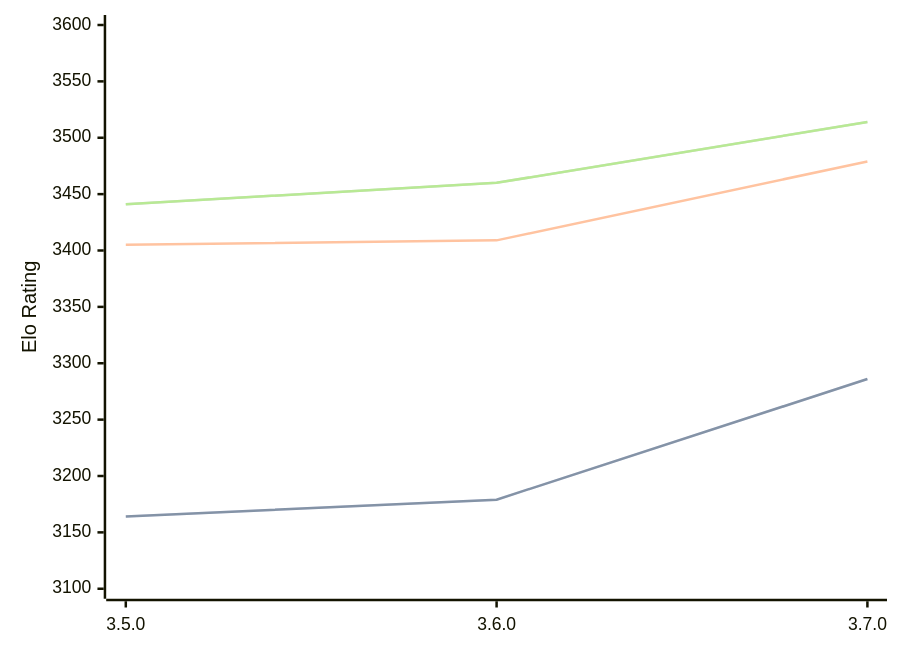
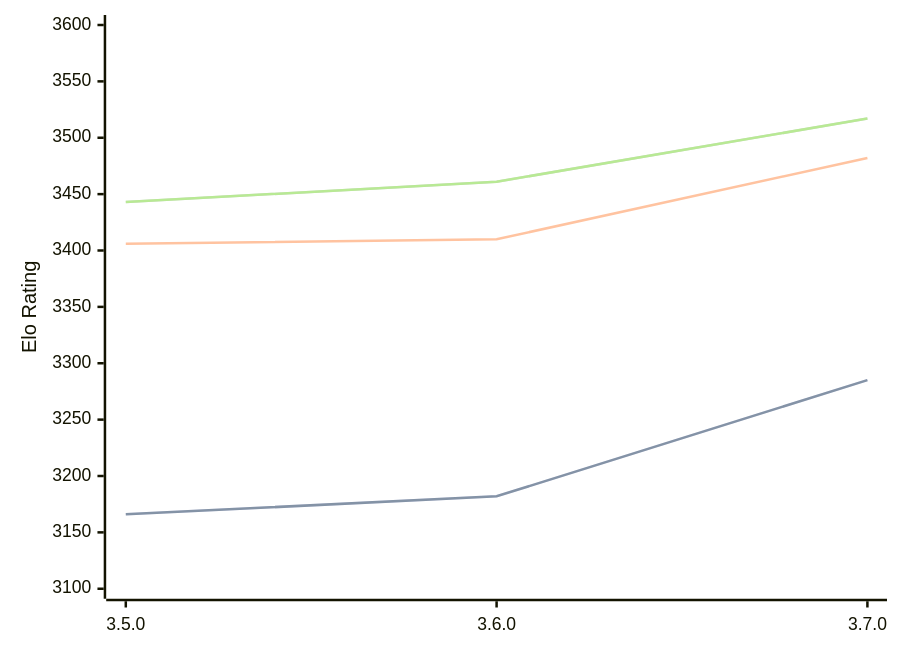
The diagram in engines/Igel.md (computer-chess-index/cci), drawn with Mermaid before and after one commit. The commit also changed other lines of this file, not shown here.

Commit message:
Update CCI Ratings (ELO VLTC) - 2026-09-01

````diff
--- a/engines/Igel.md
+++ b/engines/Igel.md
@@ -33,11 +33,11 @@
 ```mermaid
 %%{init: {"theme":"base","themeVariables":{"seriesColors:['#a3a3a3','#222221','#faa371']}}}%%
 xychart-beta
   x-axis ["3.5.0", "3.6.0", "3.7.0"]
   y-axis "Elo Rating" 3100 --> 3600
-  line "" [3164, 3179, 3286]
-  line "STC (8.0+0.08s)" [3164, 3179, 3286]
-  line "LTC (60.0+0.60s)" [3405, 3409, 3479]
-  line "" [3441, 3460, 3514]
-  line "VLTC (2m24s+1.12s)" [3441, 3460, 3514]
+  line "" [3166, 3182, 3285]
+  line "STC (8.0+0.08s)" [3166, 3182, 3285]
+  line "LTC (60.0+0.60s)" [3406, 3410, 3482]
+  line "" [3443, 3461, 3517]
+  line "VLTC (2m24s+1.12s)" [3443, 3461, 3517]
 ```
````
